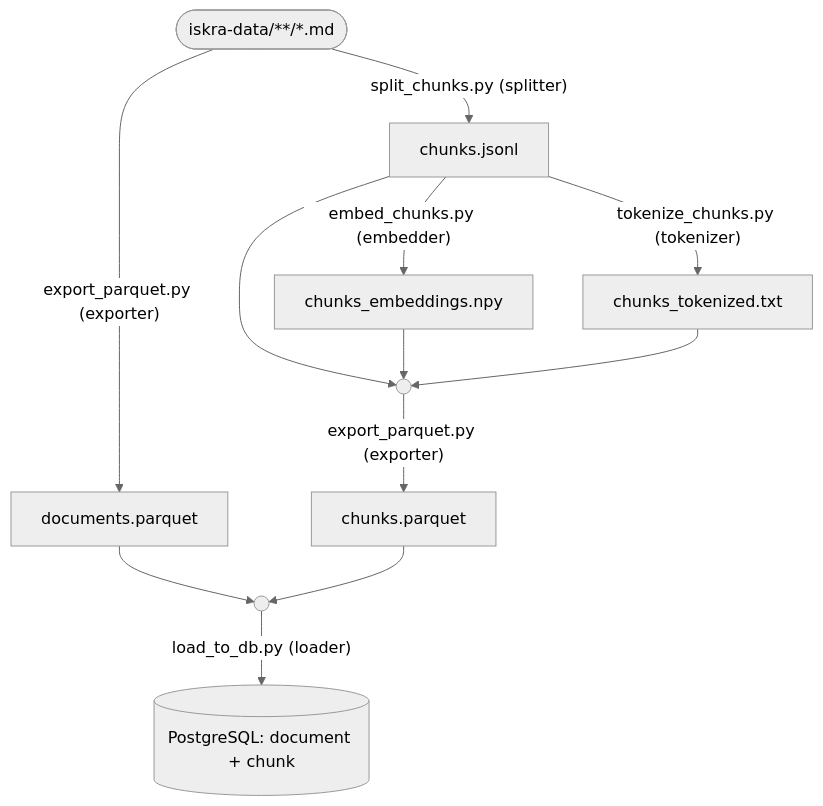
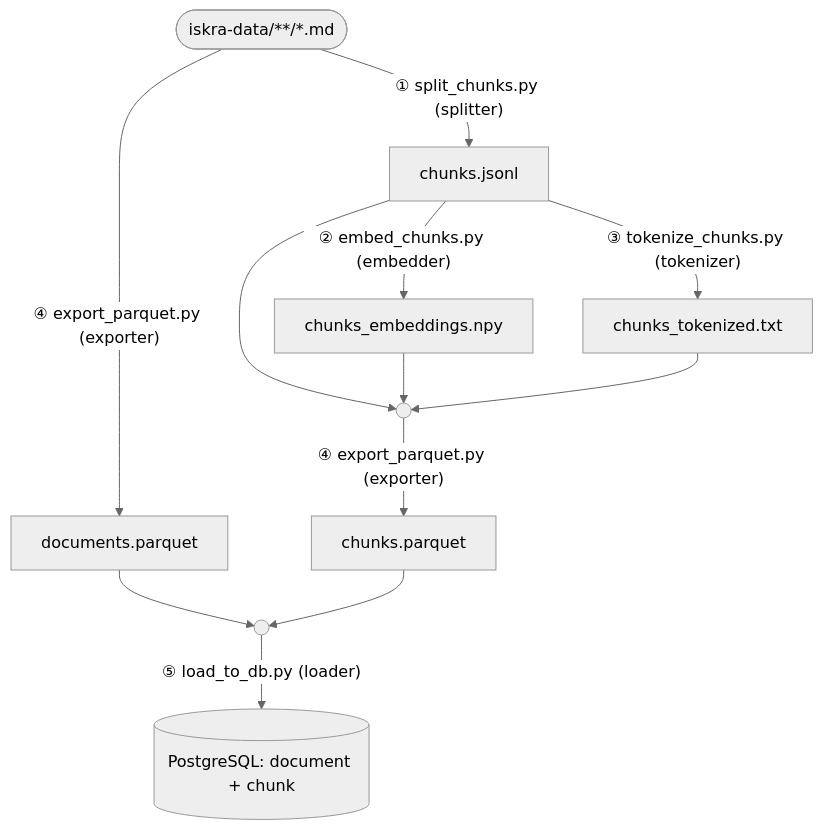
The diagram in README.md (Qhbee/iskra-etl), drawn with Mermaid (neutral theme) before and after one commit.

Commit message:
docs(readme): 更新文档里数据处理流程图的节点标签和连接标识
- 将 npy 节点重命名为 embNpy，txt 节点重命名为 tokTxt
- 为每个处理步骤添加序号标识 (①-⑤)
- 更新流程图中所有节点引用以匹配新的命名
- 保持数据处理流程的完整性描述

````diff
--- a/README.md
+++ b/README.md
@@ -32,24 +32,24 @@
 ```mermaid
 flowchart TB
   corpus(["iskra-data/**/*.md"])
   jsonl["chunks.jsonl"]
-  npy["chunks_embeddings.npy"]
-  txt["chunks_tokenized.txt"]
+  embNpy["chunks_embeddings.npy"]
+  tokTxt["chunks_tokenized.txt"]
   docsPq["documents.parquet"]
   exportJoin(("﻿"))
   chunksPq["chunks.parquet"]
   loadJoin(("﻿"))
   db[("PostgreSQL: document + chunk")]
 
-  corpus -->|"split_chunks.py (splitter)"| jsonl
-  jsonl -->|"embed_chunks.py (embedder)"| npy
-  jsonl -->|"tokenize_chunks.py (tokenizer)"| txt
-  corpus -->|"export_parquet.py (exporter)"| docsPq
+  corpus -->|"① split_chunks.py (splitter)"| jsonl
+  jsonl -->|"② embed_chunks.py (embedder)"| embNpy
+  jsonl -->|"③ tokenize_chunks.py (tokenizer)"| tokTxt
+  corpus -->|"④ export_parquet.py (exporter)"| docsPq
   jsonl --> exportJoin
-  npy --> exportJoin
-  txt --> exportJoin
-  exportJoin -->|"export_parquet.py (exporter)"| chunksPq
+  embNpy --> exportJoin
+  tokTxt --> exportJoin
+  exportJoin -->|"④ export_parquet.py (exporter)"| chunksPq
   docsPq --> loadJoin
   chunksPq --> loadJoin
-  loadJoin -->|"load_to_db.py (loader)"| db
+  loadJoin -->|"⑤ load_to_db.py (loader)"| db
 ```
````
